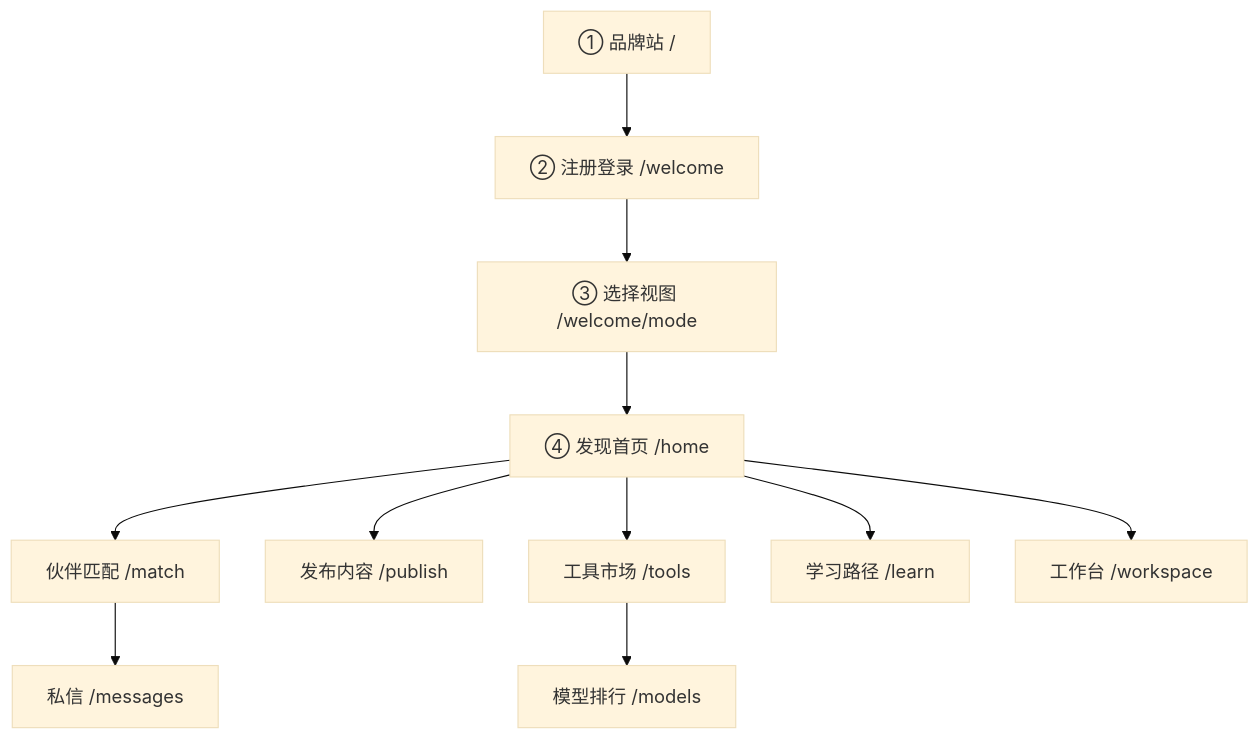
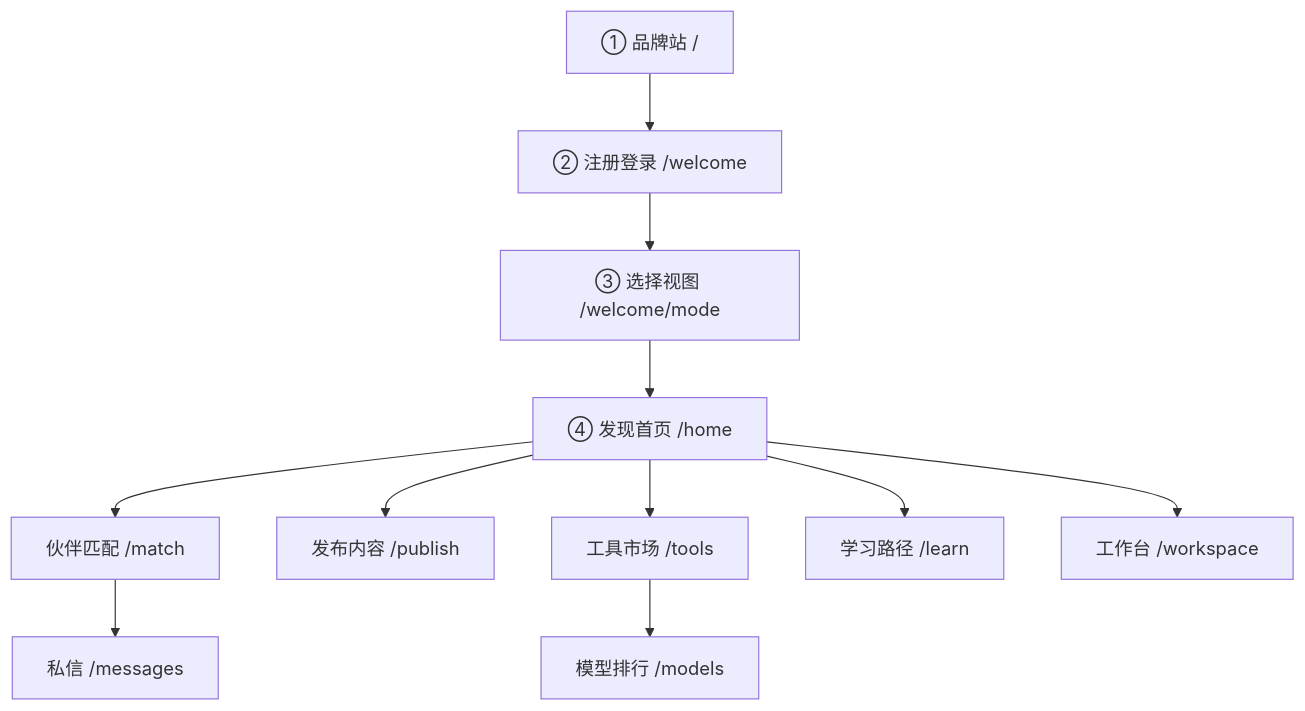
The third of 13 diagrams in README.md (FrankDengAI/founder-bridge-AI), drawn with Mermaid before and after one commit. The commit also changed other lines of this file and 75 other files, not shown here.

````diff
--- a/README.md
+++ b/README.md
@@ -457,21 +692,20 @@
 ```mermaid
-%%{init: {'theme': 'base', 'themeVariables': {'fontSize': '16px'}, 'flowchart': {'nodeSpacing': 40, 'rankSpacing': 55}}}%%
 flowchart TB
   Landing["① 品牌站 /"]
   Welcome["② 注册登录 /welcome"]
   Mode["③ 选择视图 /welcome/mode"]
   Home["④ 发现首页 /home"]
 
   Landing --> Welcome
   Welcome --> Mode
   Mode --> Home
 
   Home --> Match["伙伴匹配 /match"]
   Home --> Publish["发布内容 /publish"]
   Home --> Tools["工具市场 /tools"]
   Home --> Learn["学习路径 /learn"]
   Home --> Workspace["工作台 /workspace"]
 
   Match --> Messages["私信 /messages"]
   Tools --> Models["模型排行 /models"]
 ```
````
